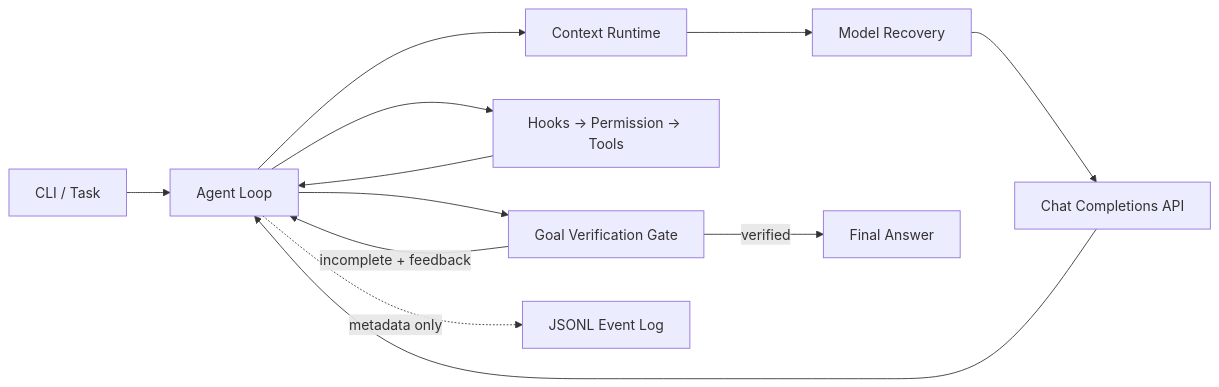
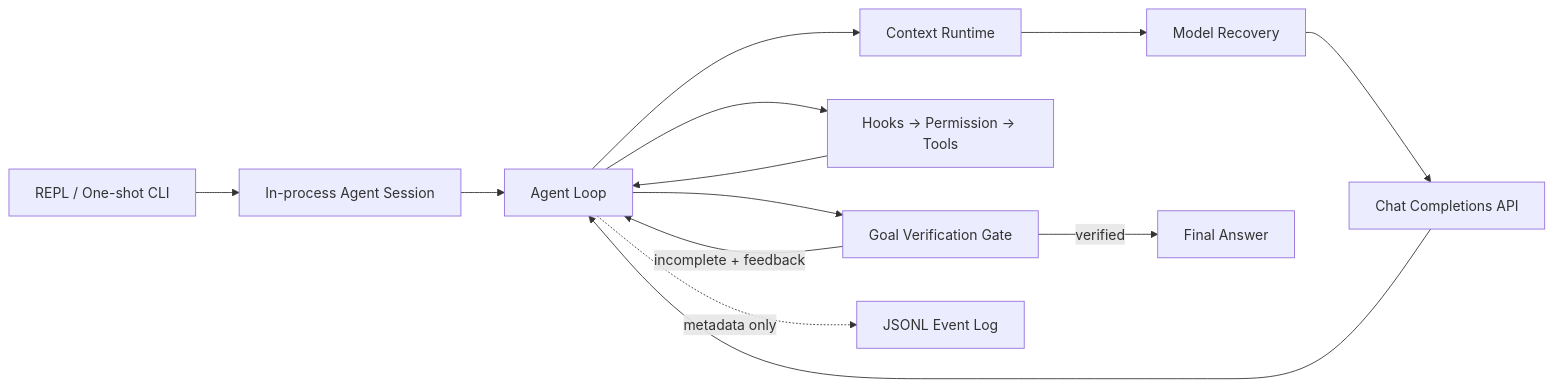
One commit to 729194587/tiny_harness changed the diagram in README.md. Above: the diagram before and after it, drawn with Mermaid. The commit also changed other lines of this file and 16 other files, not shown here.

````diff
--- a/README.md
+++ b/README.md
@@ -7,14 +7,15 @@
 ```mermaid
 flowchart LR
-    CLI["CLI / Task"] --> Loop["Agent Loop"]
+    CLI["REPL / One-shot CLI"] --> Session["In-process Agent Session"]
+    Session --> Loop["Agent Loop"]
     Loop --> Context["Context Runtime"]
     Context --> Recovery["Model Recovery"]
     Recovery --> Model["Chat Completions API"]
     Model --> Loop
     Loop --> Execution["Hooks → Permission → Tools"]
     Execution --> Loop
     Loop --> Goal["Goal Verification Gate"]
     Goal -->|"incomplete + feedback"| Loop
     Goal -->|"verified"| Final["Final Answer"]
     Loop -. "metadata only" .-> Events["JSONL Event Log"]
 ```
````
